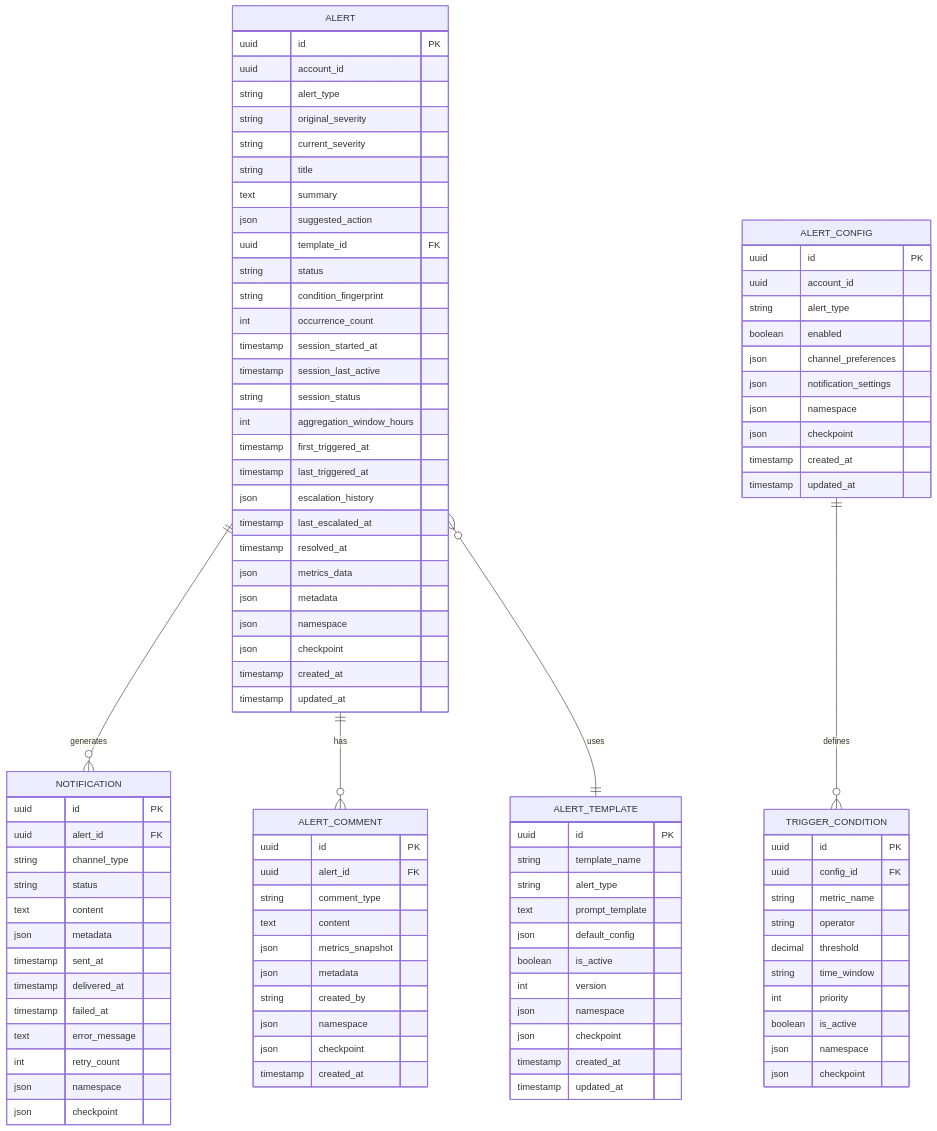
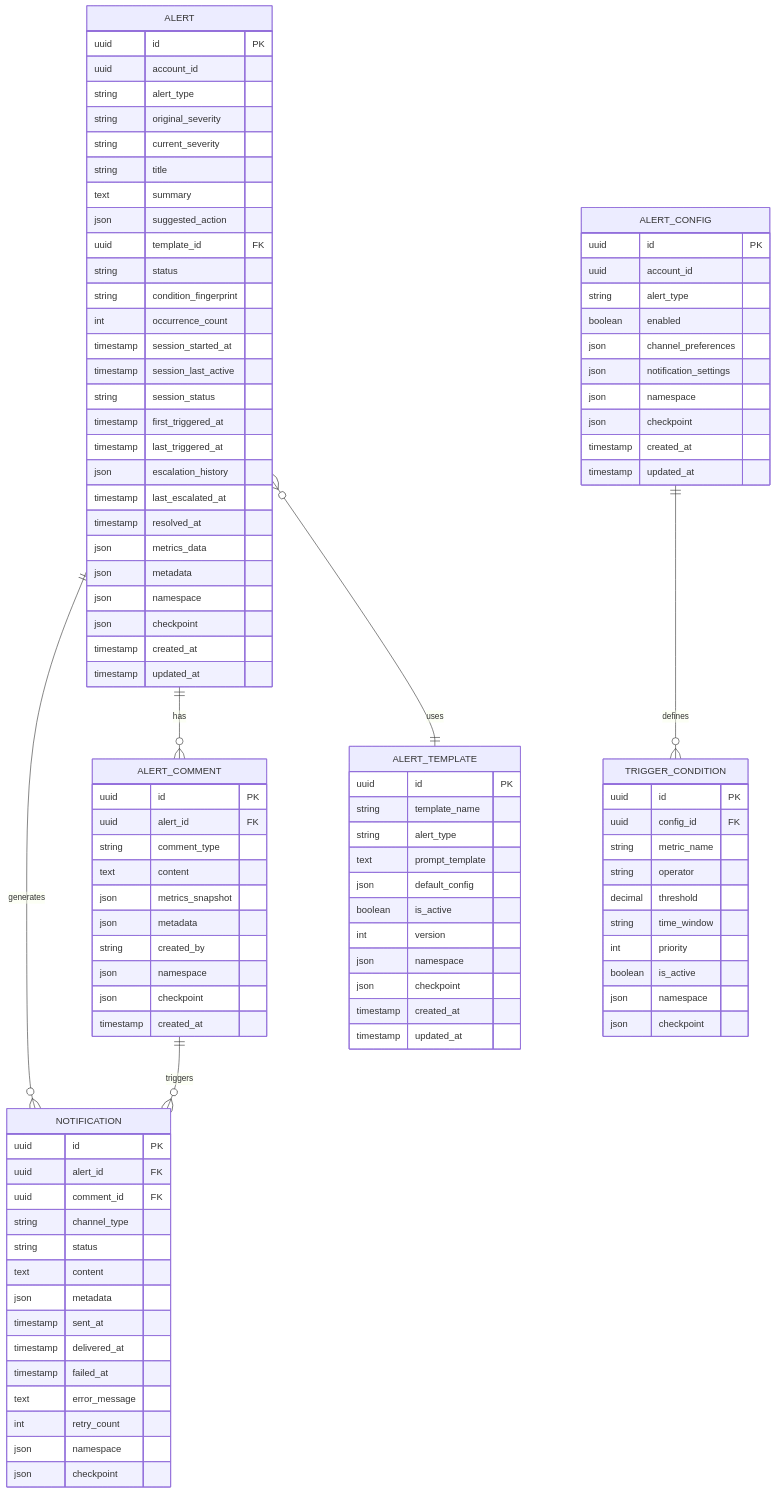
The ninth of 10 diagrams in AlertSystemDesign_CN.md (smarttttttt/AwxSentinel), drawn with Mermaid before and after one commit. The commit also changed other lines of this file and 1 other file, not shown here.

```diff
--- a/AlertSystemDesign_CN.md
+++ b/AlertSystemDesign_CN.md
@@ -552,6 +552,7 @@
     ALERT ||--o{ NOTIFICATION : "generates"
     ALERT ||--o{ ALERT_COMMENT : "has"
     ALERT }o--|| ALERT_TEMPLATE : "uses"
+    ALERT_COMMENT ||--o{ NOTIFICATION : "triggers"
 
     ALERT_CONFIG ||--o{ TRIGGER_CONDITION : "defines"
 
@@ -571,7 +572,6 @@
         timestamp session_started_at
         timestamp session_last_active
         string session_status
-        int aggregation_window_hours
         timestamp first_triggered_at
         timestamp last_triggered_at
         json escalation_history
@@ -615,6 +615,7 @@
     NOTIFICATION {
         uuid id PK
         uuid alert_id FK
+        uuid comment_id FK
         string channel_type
         string status
         text content
```
